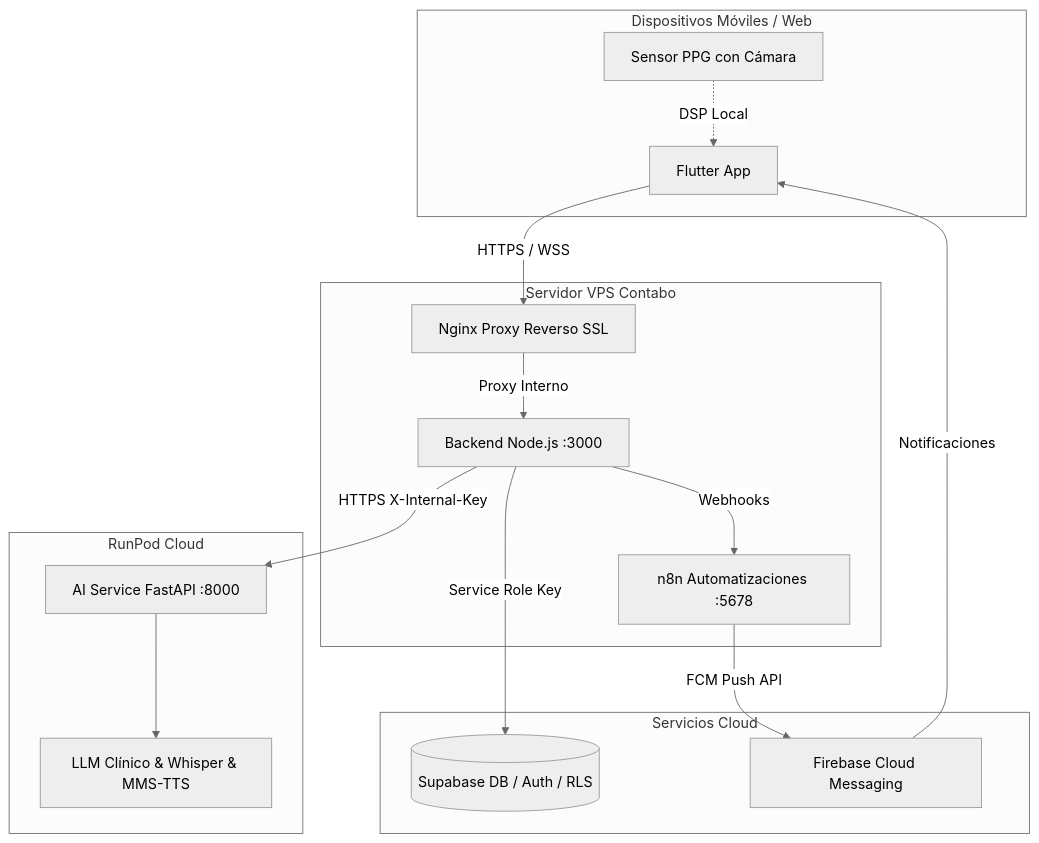
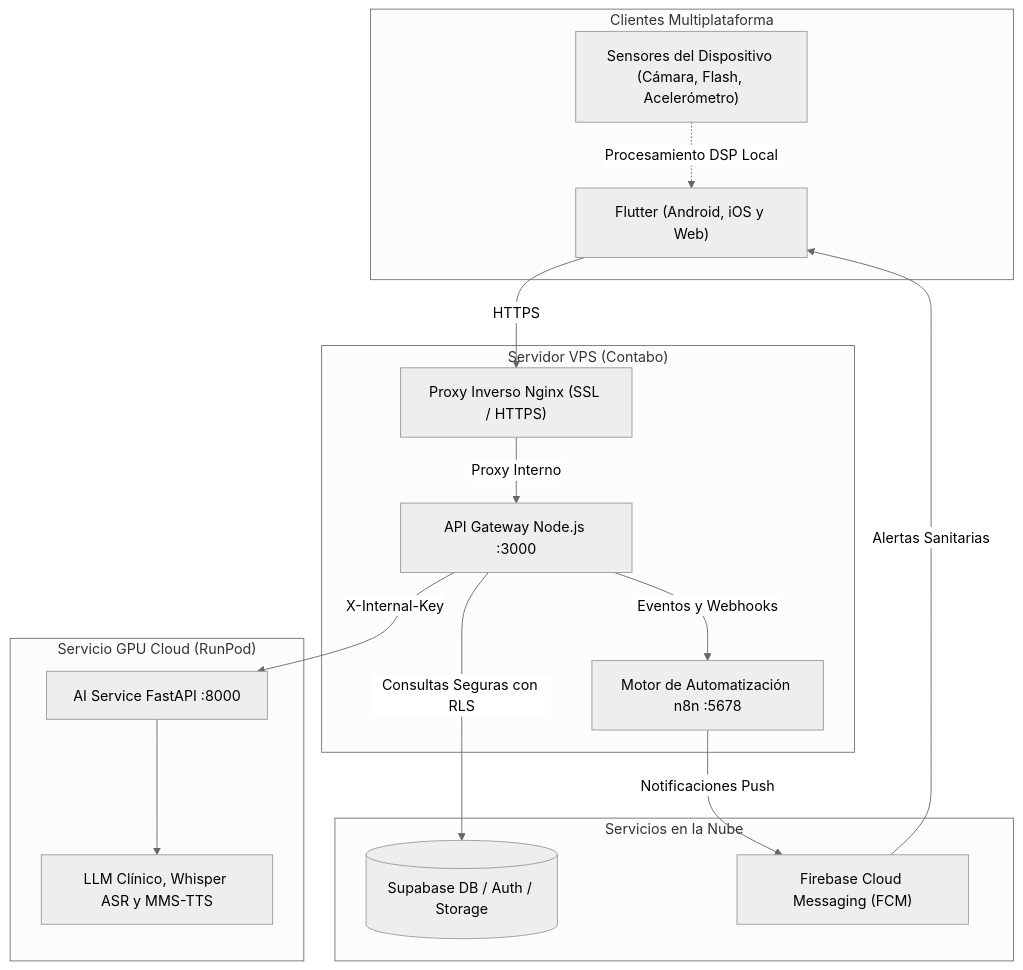
Before and after one commit to Ramon-Lop-Dev/Biomark-AI: the diagram in README.md, drawn with Mermaid (neutral theme). The commit also changed other lines of this file and 8 other files, not shown here.

````diff
--- a/README.md
+++ b/README.md
@@ -11,33 +13,33 @@
 ```mermaid
 flowchart TD
-  subgraph Frontend [Dispositivos Móviles / Web]
-    F[Flutter App]
-    PPG[Sensor PPG con Cámara]
+  subgraph Clientes ["Clientes Multiplataforma"]
+    F["Flutter (Android, iOS y Web)"]
+    Sensors["Sensores del Dispositivo (Cámara, Flash, Acelerómetro)"]
   end
 
-  subgraph ContaboVPS [Servidor VPS Contabo]
-    N[Nginx Proxy Reverso SSL]
-    B[Backend Node.js :3000]
-    Wn[n8n Automatizaciones :5678]
+  subgraph ServidorVPS ["Servidor VPS (Contabo)"]
+    Nginx["Proxy Inverso Nginx (SSL / HTTPS)"]
+    Backend["API Gateway Node.js :3000"]
+    N8N["Motor de Automatización n8n :5678"]
   end
 
-  subgraph GPUCloud [RunPod Cloud]
-    AI[AI Service FastAPI :8000]
-    LLM[LLM Clínico & Whisper & MMS-TTS]
+  subgraph InferenciaIA ["Servicio GPU Cloud (RunPod)"]
+    FastAPI["AI Service FastAPI :8000"]
+    Models["LLM Clínico, Whisper ASR y MMS-TTS"]
   end
 
-  subgraph CloudDB [Servicios Cloud]
-    S[(Supabase DB / Auth / RLS)]
-    FCM[Firebase Cloud Messaging]
+  subgraph ServiciosCloud ["Servicios en la Nube"]
+    DB[("Supabase DB / Auth / Storage")]
+    FCM["Firebase Cloud Messaging (FCM)"]
   end
 
-  F -->|HTTPS / WSS| N
-  PPG -.->|DSP Local| F
-  N -->|Proxy Interno| B
-  B -->|Service Role Key| S
-  B -->|HTTPS X-Internal-Key| AI
-  AI --> LLM
-  B -->|Webhooks| Wn
-  Wn -->|FCM Push API| FCM
-  FCM -->|Notificaciones| F
+  F -->|HTTPS| Nginx
+  Sensors -.->|Procesamiento DSP Local| F
+  Nginx -->|Proxy Interno| Backend
+  Backend -->|Consultas Seguras con RLS| DB
+  Backend -->|X-Internal-Key| FastAPI
+  FastAPI --> Models
+  Backend -->|Eventos y Webhooks| N8N
+  N8N -->|Notificaciones Push| FCM
+  FCM -->|Alertas Sanitarias| F
 ```
````
